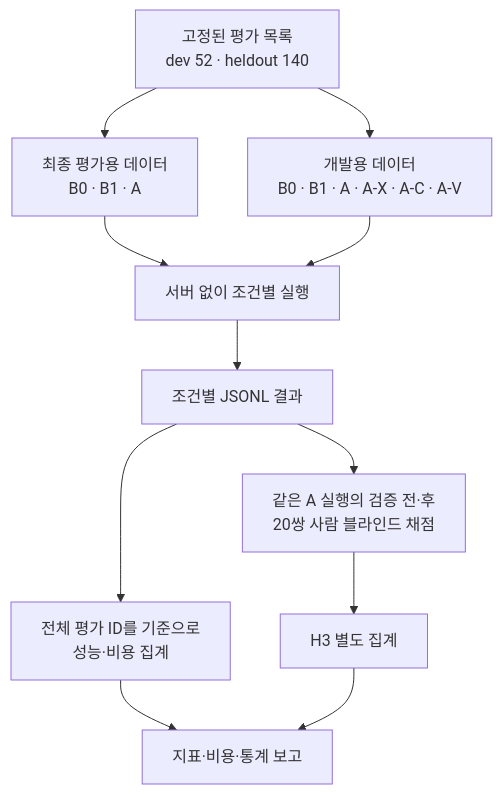
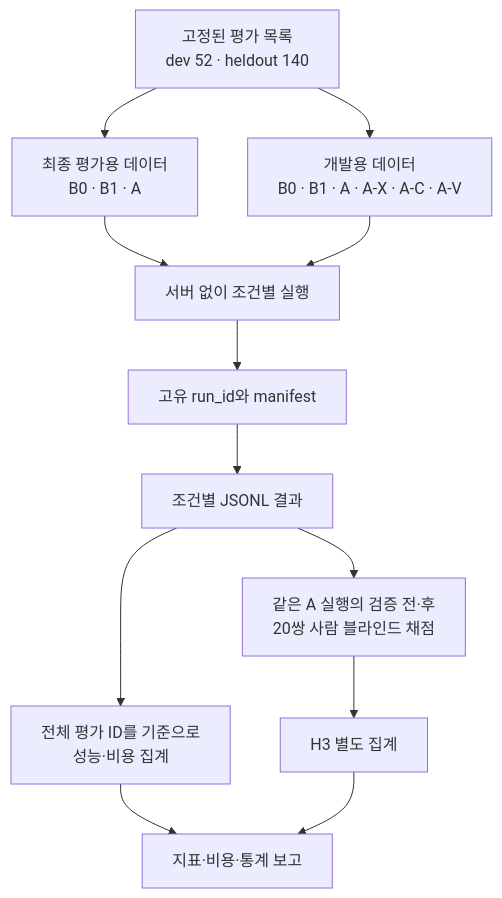
One commit to siamin20/grounded-visual-inspector changed the fifth of 5 diagrams in docs/architecture.md. Above: the diagram before and after it, drawn with Mermaid. The commit also changed other lines of this file and 56 other files, not shown here.

````diff
--- a/docs/architecture.md
+++ b/docs/architecture.md
@@ -144,14 +147,15 @@
 ```mermaid
 flowchart TB
     Data["고정된 평가 목록<br/>dev 52 · heldout 140"]
     Data --> Main["최종 평가용 데이터<br/>B0 · B1 · A"]
     Data --> Dev["개발용 데이터<br/>B0 · B1 · A · A-X · A-C · A-V"]
     Main --> Run["서버 없이 조건별 실행"]
     Dev --> Run
-    Run --> Rows["조건별 JSONL 결과"]
+    Run --> Manifest["고유 run_id와 manifest"]
+    Manifest --> Rows["조건별 JSONL 결과"]
     Rows --> Score["전체 평가 ID를 기준으로<br/>성능·비용 집계"]
     Rows --> Blind["같은 A 실행의 검증 전·후<br/>20쌍 사람 블라인드 채점"]
     Blind --> H3["H3 별도 집계"]
     Score --> Result["지표·비용·통계 보고"]
     H3 --> Result
 ```
````
